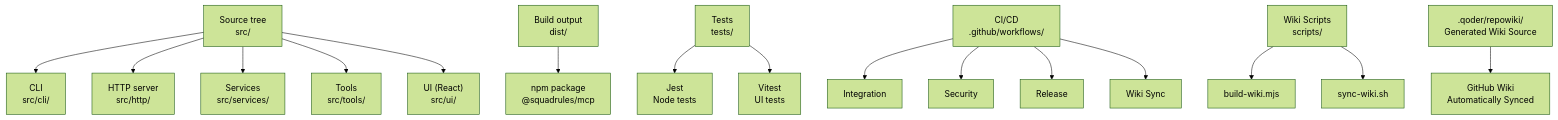
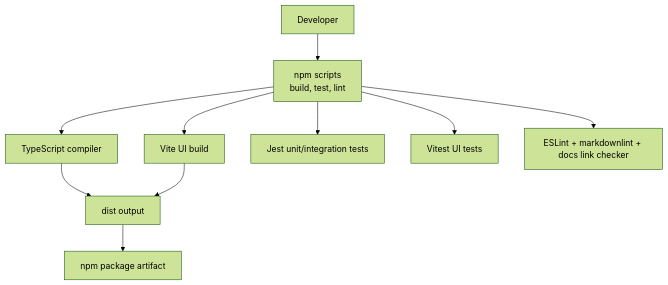
The first of 8 diagrams in .qoder/repowiki/en/content/Development Guide.md (SquadRules/mcp), drawn with Mermaid (forest theme) before and after one commit. The commit also changed other lines of this file and 602 other files, not shown here.

Commit message:
docs: regenerate Qoder wiki from source

````diff
--- a/.qoder/repowiki/en/content/Development Guide.md
+++ b/.qoder/repowiki/en/content/Development Guide.md
@@ -57,18 +38,12 @@
 ```mermaid
 graph TB
-A["Source tree<br/>src/"] --> B["CLI<br/>src/cli/"]
-A --> C["HTTP server<br/>src/http/"]
-A --> D["Services<br/>src/services/"]
-A --> E["Tools<br/>src/tools/"]
-A --> F["UI (React)<br/>src/ui/"]
-G["Build output<br/>dist/"] --> H["npm package<br/>@squadrules/mcp"]
-I["Tests<br/>tests/"] --> J["Jest<br/>Node tests"]
-I --> K["Vitest<br/>UI tests"]
-L["CI/CD<br/>.github/workflows/"] --> M["Integration"]
-L --> N["Security"]
-L --> O["Release"]
-L --> P["Wiki Sync"]
-Q["Wiki Scripts<br/>scripts/"] --> R["build-wiki.mjs"]
-Q --> S["sync-wiki.sh"]
-T[".qoder/repowiki/<br/>Generated Wiki Source"] --> U["GitHub Wiki<br/>Automatically Synced"]
+Dev["Developer"] --> Scripts["npm scripts<br/>build, test, lint"]
+Scripts --> TS["TypeScript compiler"]
+Scripts --> Vite["Vite UI build"]
+Scripts --> Jest["Jest unit/integration tests"]
+Scripts --> Vitest["Vitest UI tests"]
+Scripts --> Lint["ESLint + markdownlint + docs link checker"]
+TS --> Dist["dist output"]
+Vite --> Dist
+Dist --> Package["npm package artifact"]
 ```
````
